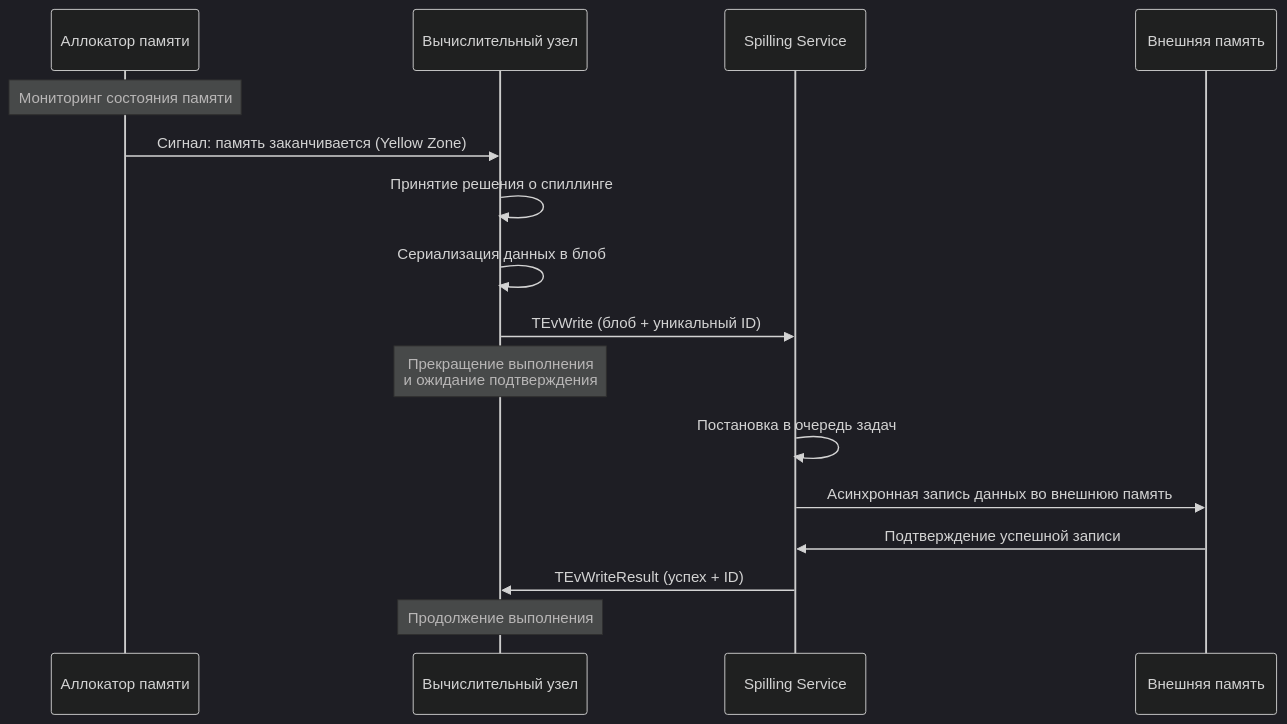
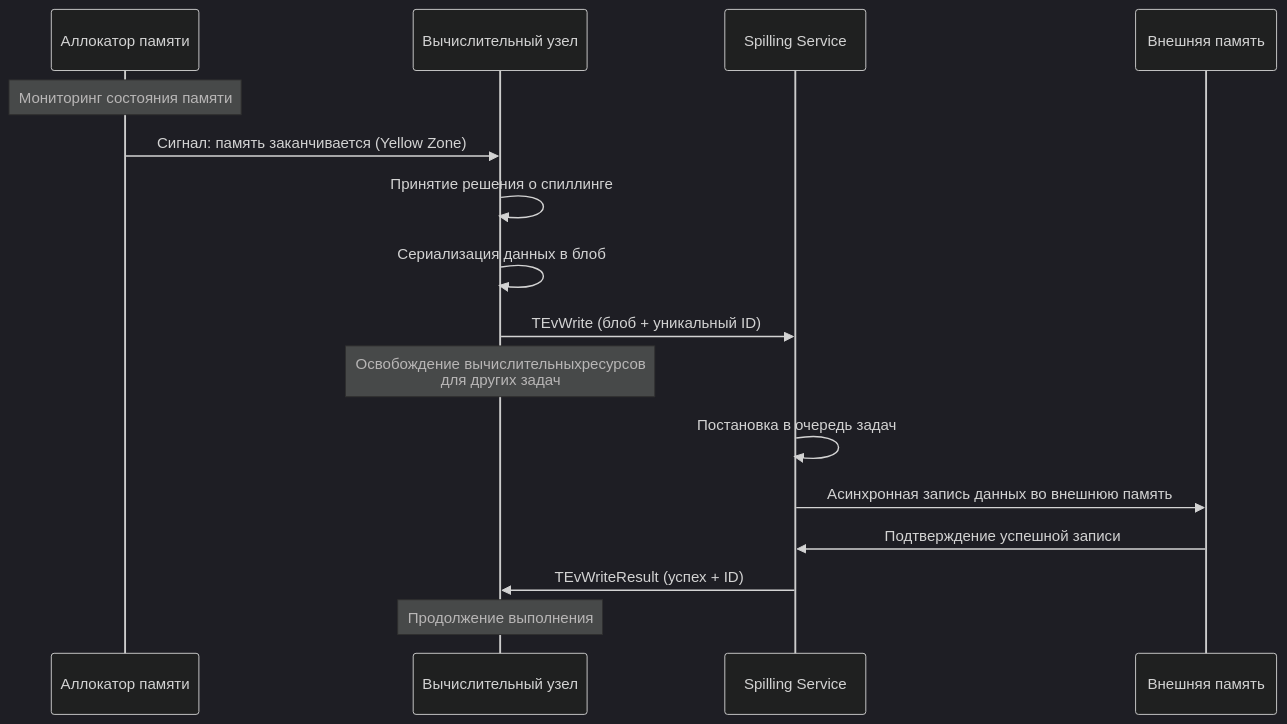
The first of 2 diagrams in ydb/docs/ru/core/concepts/spilling.md (ydb-platform/ydb), drawn with Mermaid (dark theme) before and after one commit. The commit also changed other lines of this file and 1 other file, not shown here.

````diff
--- a/ydb/docs/ru/core/concepts/spilling.md
+++ b/ydb/docs/ru/core/concepts/spilling.md
@@ -91,19 +91,19 @@
 ```mermaid
 sequenceDiagram
     participant AL as Аллокатор памяти
     participant CN as Вычислительный узел
     participant SS as Spilling Service
     participant FS as Внешняя память
 
     Note over AL: Мониторинг состояния памяти
     AL->>CN: Сигнал: память заканчивается (Yellow Zone)
     CN->>CN: Принятие решения о спиллинге
     CN->>CN: Сериализация данных в блоб
     CN->>SS: TEvWrite (блоб + уникальный ID)
-    Note over CN: Прекращение выполнения<br/>и ожидание подтверждения
+    Note over CN: Освобождение вычислительныхресурсов<br/>для других задач
     SS->>SS: Постановка в очередь задач
     SS->>FS: Асинхронная запись данных во внешнюю память
     FS->>SS: Подтверждение успешной записи
     SS->>CN: TEvWriteResult (успех + ID)
     Note over CN: Продолжение выполнения
 ```
````
